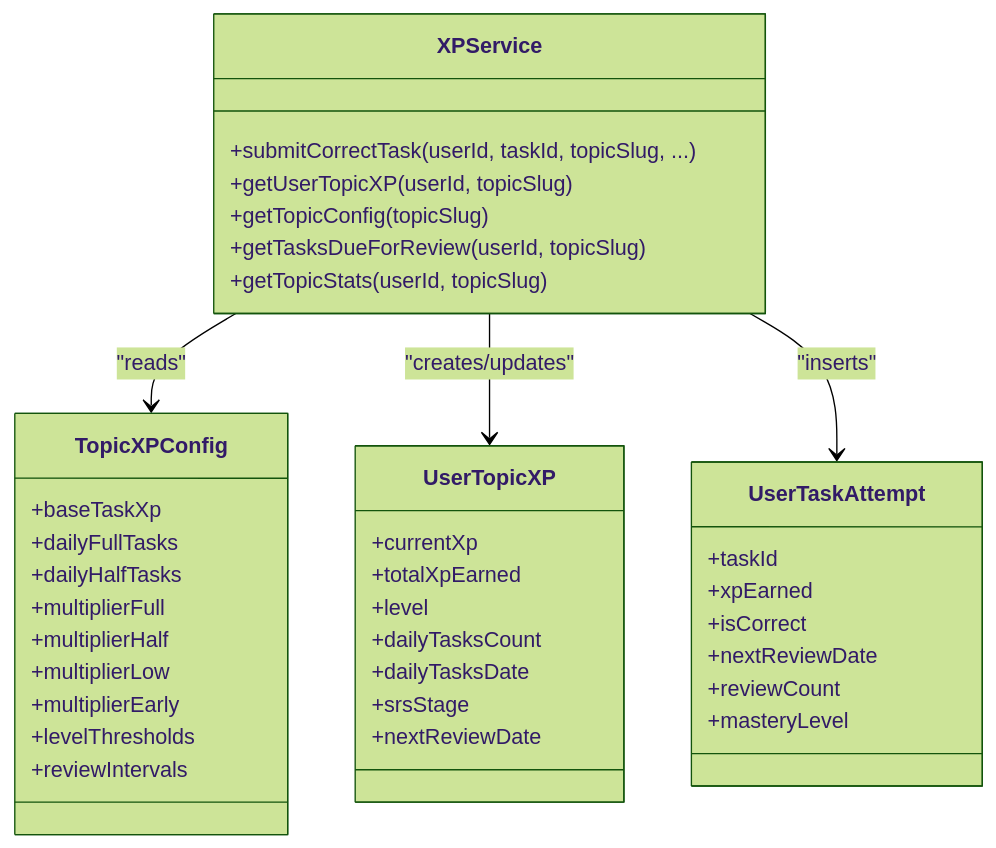
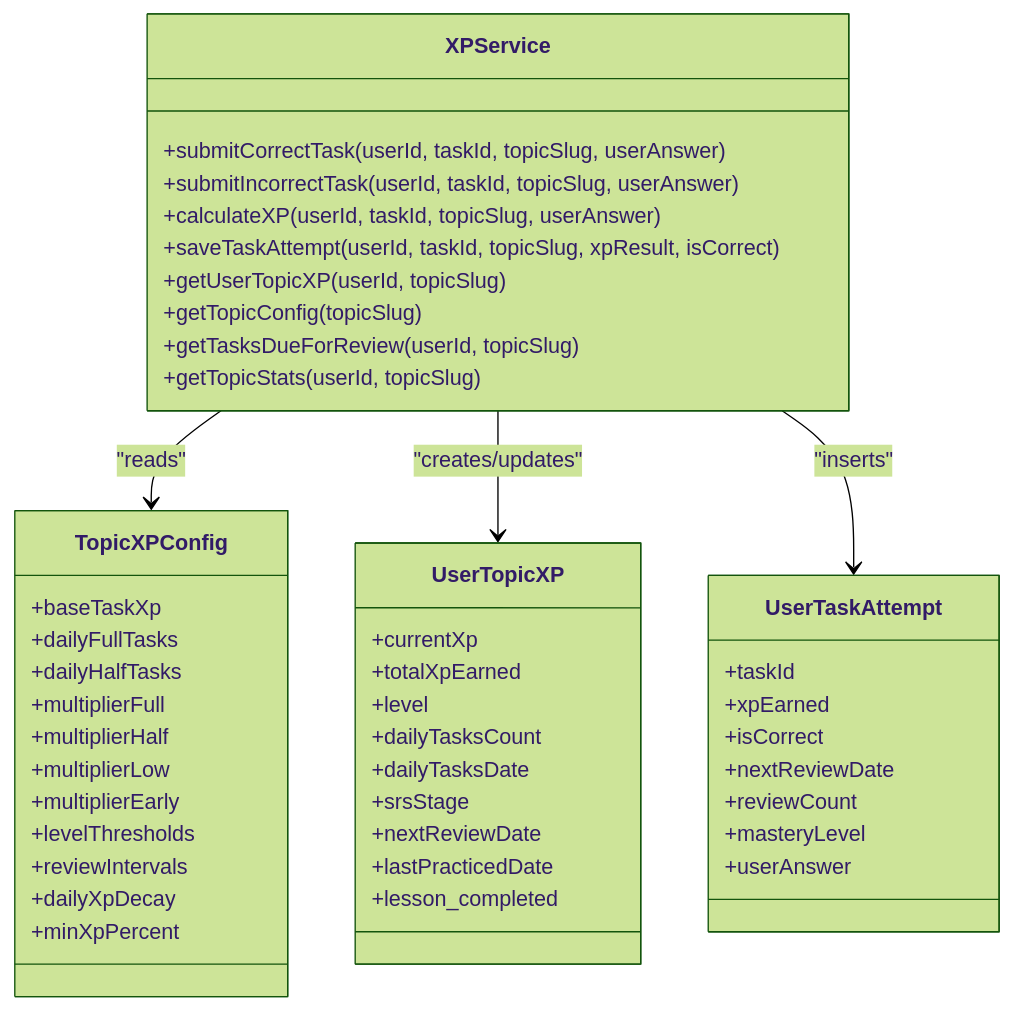
The fifth of 5 diagrams in .qoder/repowiki/en/content/Core Features/Gamification System/Gamification System.md (AlexKutz/math-app-next-js), drawn with Mermaid (forest theme) before and after one commit. The commit also changed other lines of this file and 125 other files, not shown here.

````diff
--- a/.qoder/repowiki/en/content/Core Features/Gamification System/Gamification System.md
+++ b/.qoder/repowiki/en/content/Core Features/Gamification System/Gamification System.md
@@ -297,41 +397,49 @@
 ```mermaid
 classDiagram
 class XPService {
-+submitCorrectTask(userId, taskId, topicSlug, ...)
++submitCorrectTask(userId, taskId, topicSlug, userAnswer)
++submitIncorrectTask(userId, taskId, topicSlug, userAnswer)
++calculateXP(userId, taskId, topicSlug, userAnswer)
++saveTaskAttempt(userId, taskId, topicSlug, xpResult, isCorrect)
 +getUserTopicXP(userId, topicSlug)
 +getTopicConfig(topicSlug)
 +getTasksDueForReview(userId, topicSlug)
 +getTopicStats(userId, topicSlug)
 }
 class TopicXPConfig {
 +baseTaskXp
 +dailyFullTasks
 +dailyHalfTasks
 +multiplierFull
 +multiplierHalf
 +multiplierLow
 +multiplierEarly
 +levelThresholds
 +reviewIntervals
++dailyXpDecay
++minXpPercent
 }
 class UserTopicXP {
 +currentXp
 +totalXpEarned
 +level
 +dailyTasksCount
 +dailyTasksDate
 +srsStage
 +nextReviewDate
++lastPracticedDate
++lesson_completed
 }
 class UserTaskAttempt {
 +taskId
 +xpEarned
 +isCorrect
 +nextReviewDate
 +reviewCount
 +masteryLevel
++userAnswer
 }
 XPService --> TopicXPConfig : "reads"
 XPService --> UserTopicXP : "creates/updates"
 XPService --> UserTaskAttempt : "inserts"
 ```
````
